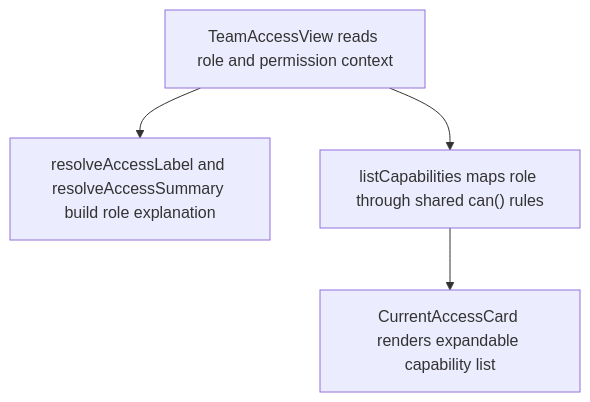
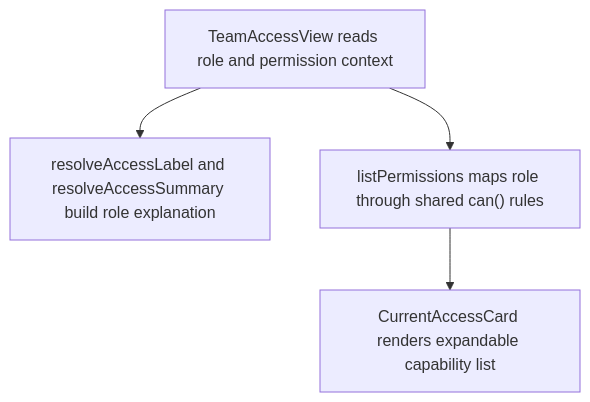
The second of 2 diagrams in user-stories/settings/US-SET-11-viewer-readonly.md (Kevinjohn/capacitylens), drawn with Mermaid before and after one commit. The commit also changed other lines of this file and 16 other files, not shown here.

````diff
--- a/user-stories/settings/US-SET-11-viewer-readonly.md
+++ b/user-stories/settings/US-SET-11-viewer-readonly.md
@@ -25,6 +25,6 @@
 ```mermaid
 flowchart TD
   team["TeamAccessView reads role and permission context"] --> copy["resolveAccessLabel and resolveAccessSummary build role explanation"]
-  team --> caps["listCapabilities maps role through shared can() rules"]
+  team --> caps["listPermissions maps role through shared can() rules"]
   caps --> render["CurrentAccessCard renders expandable capability list"]
 ```
````
